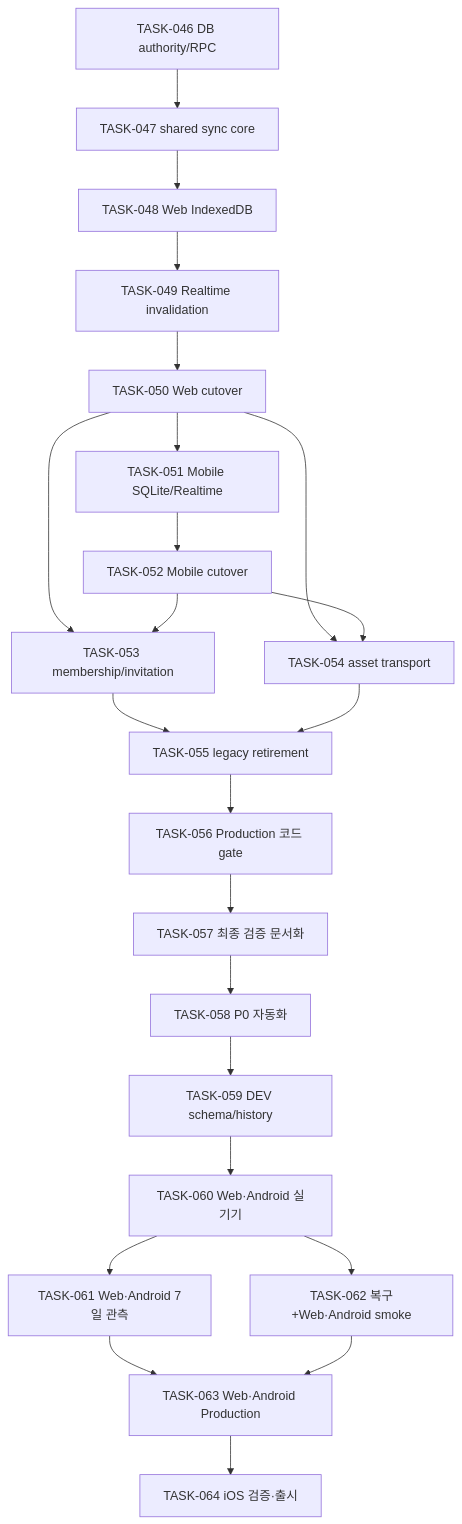
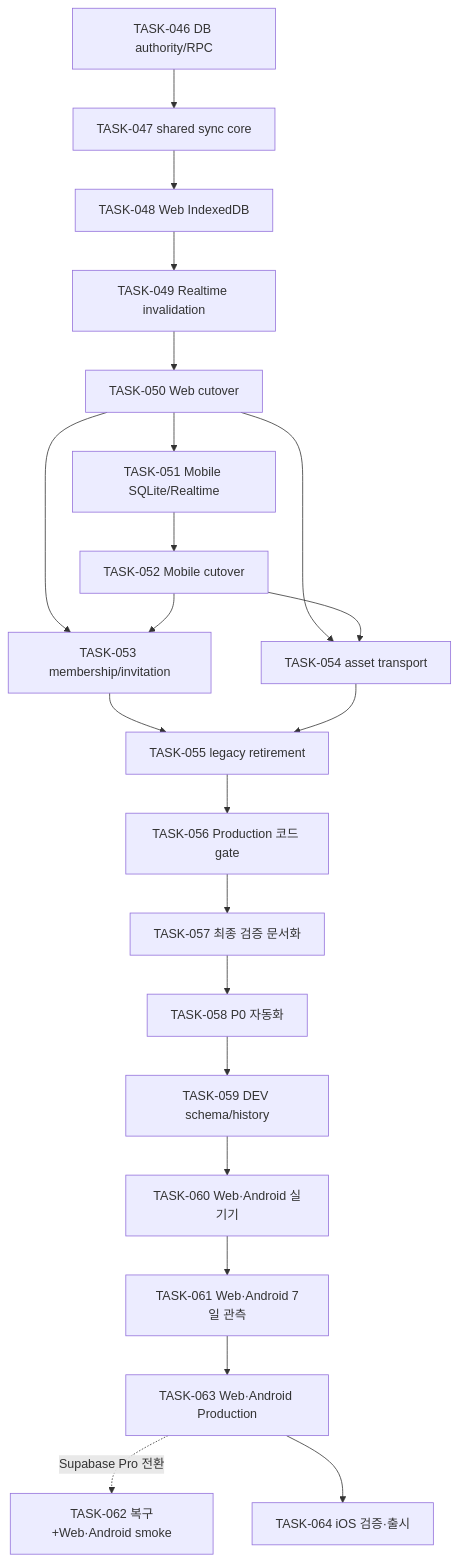
The diagram in docs/refactor/tasks/README.md (ysjee141/nexvoy-frontend), drawn with Mermaid before and after one commit. The commit also changed other lines of this file and 16 other files, not shown here.

Commit message:
docs: defer recovery gate until Supabase Pro

````diff
--- a/docs/refactor/tasks/README.md
+++ b/docs/refactor/tasks/README.md
@@ -255,25 +255,24 @@
 ```mermaid
 flowchart TD
     T46["TASK-046 DB authority/RPC"] --> T47["TASK-047 shared sync core"]
     T47 --> T48["TASK-048 Web IndexedDB"]
     T48 --> T49["TASK-049 Realtime invalidation"]
     T49 --> T50["TASK-050 Web cutover"]
     T50 --> T51["TASK-051 Mobile SQLite/Realtime"]
     T51 --> T52["TASK-052 Mobile cutover"]
     T50 --> T53["TASK-053 membership/invitation"]
     T52 --> T53
     T50 --> T54["TASK-054 asset transport"]
     T52 --> T54
     T53 --> T55["TASK-055 legacy retirement"]
     T54 --> T55
     T55 --> T56["TASK-056 Production 코드 gate"]
     T56 --> T57["TASK-057 최종 검증 문서화"]
     T57 --> T58["TASK-058 P0 자동화"]
     T58 --> T59["TASK-059 DEV schema/history"]
     T59 --> T60["TASK-060 Web·Android 실기기"]
     T60 --> T61["TASK-061 Web·Android 7일 관측"]
-    T60 --> T62["TASK-062 복구+Web·Android smoke"]
     T61 --> T63["TASK-063 Web·Android Production"]
-    T62 --> T63
+    T63 -. "Supabase Pro 전환" .-> T62["TASK-062 복구+Web·Android smoke"]
     T63 --> T64["TASK-064 iOS 검증·출시"]
 ```
````
